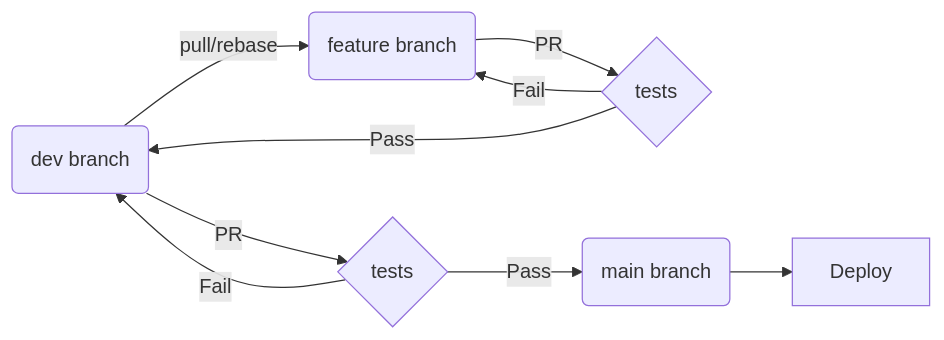
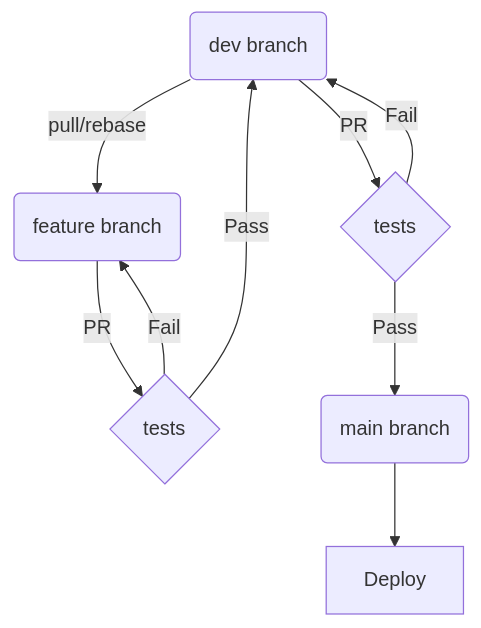
Before and after one commit to SaitoTech/wiki: the diagram in tech/building_apps/dev_workflow.md, drawn with Mermaid. The commit also changed other lines of this file, not shown here.

Commit message:
docs: update tech/building_apps/dev_workflow

````diff
--- a/tech/building_apps/dev_workflow.md
+++ b/tech/building_apps/dev_workflow.md
@@ -16,11 +16,11 @@
 ```mermaid
-flowchart LR;
+flowchart TD;
    A(dev branch) -- pull/rebase --> B(feature branch);
    B -- PR --> C{tests};
    C -- Fail --> B;
    C -- Pass --> A;
    A -- PR --> D{tests};
    D -- Pass --> E(main branch);
    D -- Fail --> A;
    E --> F[Deploy]
 ```
````
